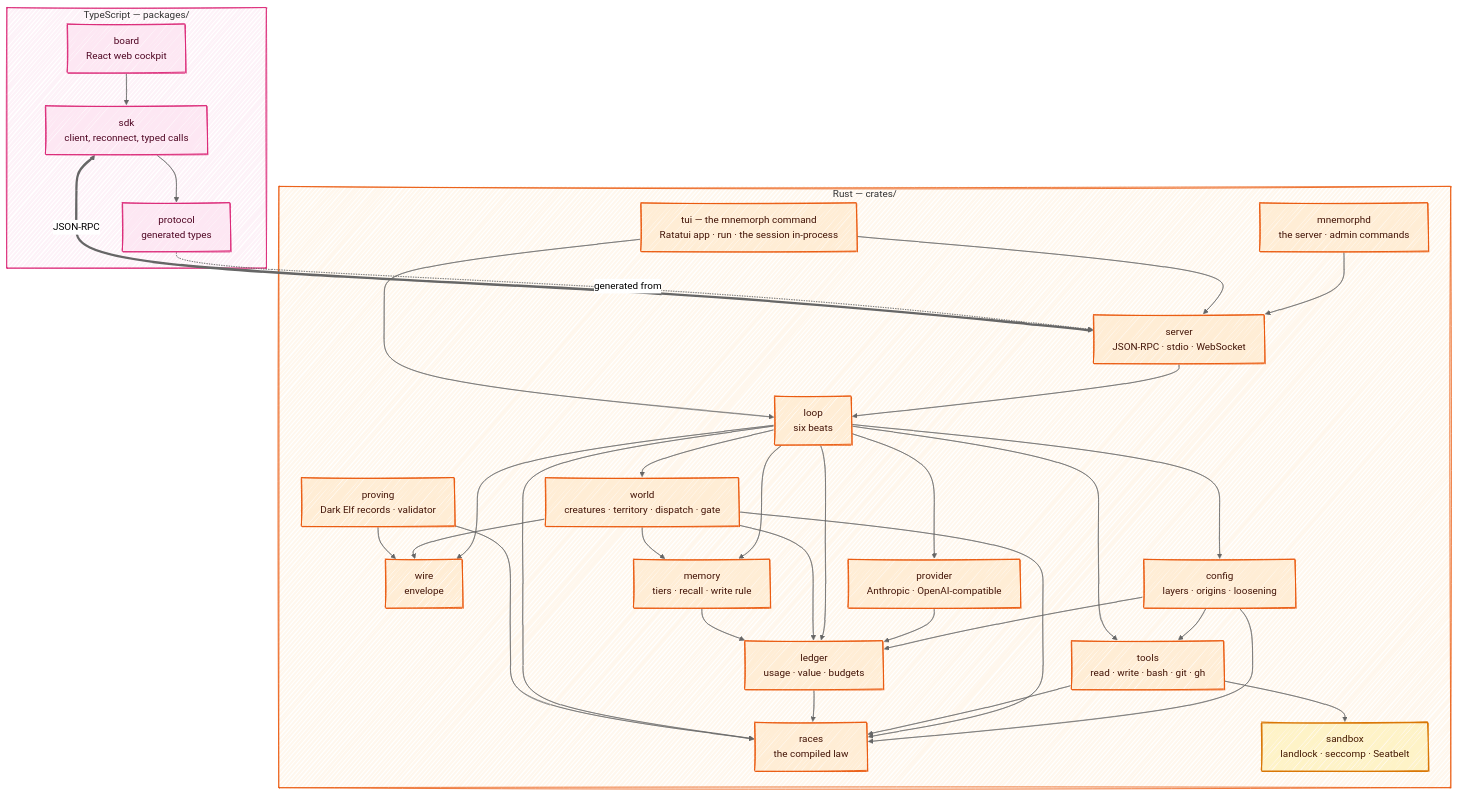
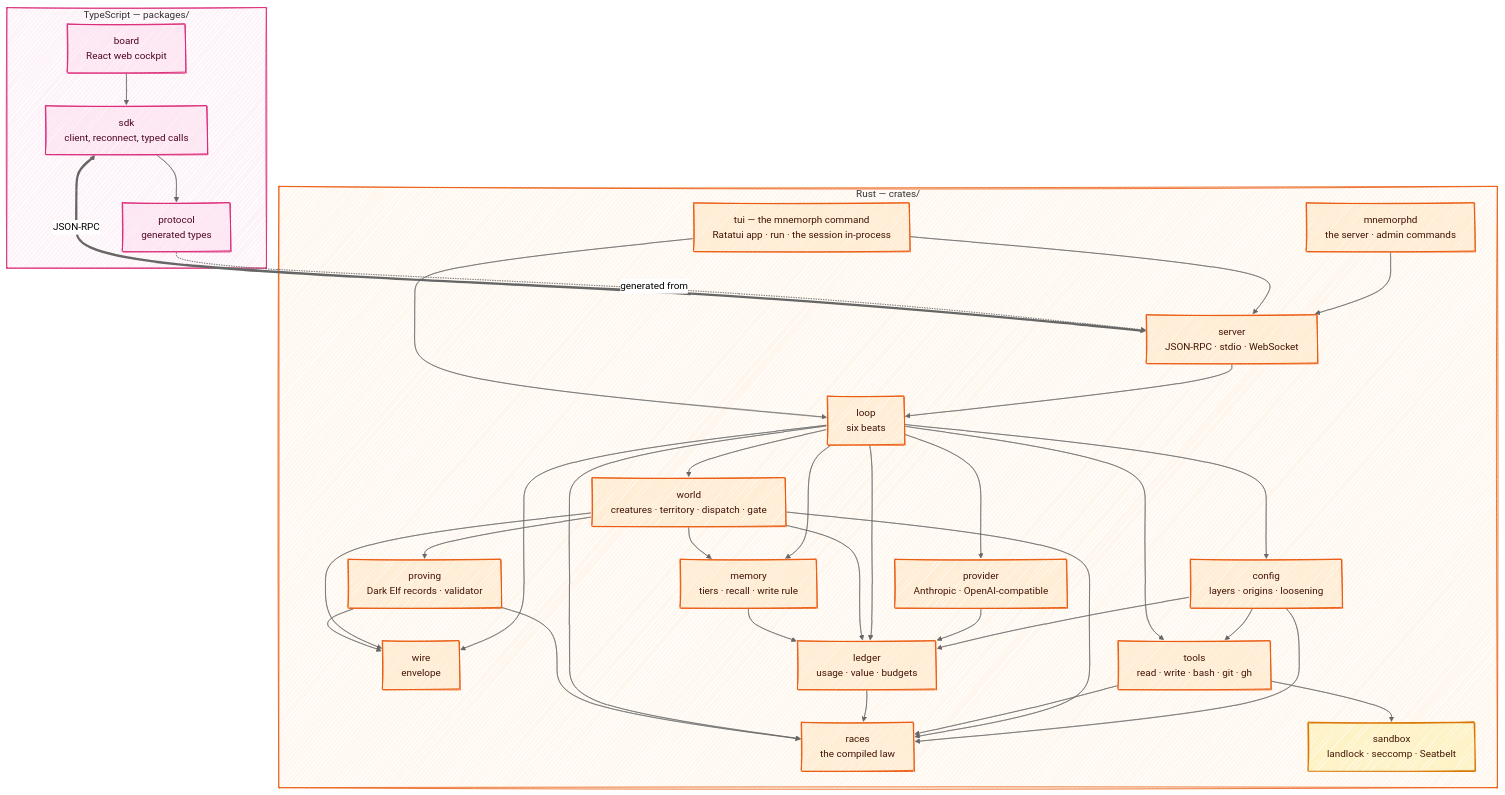
The first of 3 diagrams in docs/05-architecture.md (Kaginari/mnemorph), drawn with Mermaid before and after one commit. The commit also changed other lines of this file and 13 other files, not shown here.

````diff
--- a/docs/05-architecture.md
+++ b/docs/05-architecture.md
@@ -5,64 +5,65 @@
 ```mermaid
 ---
 config:
   look: handDrawn
   theme: neutral
   flowchart:
     wrappingWidth: 360
 ---
 flowchart TB
     subgraph ts["TypeScript — packages/"]
       BOARD["board<br/>React web cockpit"]
       SDK["sdk<br/>client, reconnect, typed calls"]
       PROTO["protocol<br/>generated types"]
       BOARD --> SDK
       SDK --> PROTO
     end
     subgraph rs["Rust — crates/"]
       TUI["tui — the mnemorph command<br/>Ratatui app · run · the session in-process"]
       D["mnemorphd<br/>the server · admin commands"]
       SERVER["server<br/>JSON-RPC · stdio · WebSocket"]
       LOOP["loop<br/>six beats"]
       WORLD["world<br/>creatures · territory · dispatch · gate"]
       RACES["races<br/>the compiled law"]
       WIRE["wire<br/>envelope"]
       TOOLS["tools<br/>read · write · bash · git · gh"]
       SANDBOX["sandbox<br/>landlock · seccomp · Seatbelt"]
       PROV["provider<br/>Anthropic · OpenAI-compatible"]
       LEDGER["ledger<br/>usage · value · budgets"]
       MEM["memory<br/>tiers · recall · write rule"]
       CONFIG["config<br/>layers · origins · loosening"]
       PROVING["proving<br/>Dark Elf records · validator"]
       SERVER --> LOOP
       D --> SERVER
       TUI --> SERVER
       TUI --> LOOP
       LOOP --> CONFIG --> TOOLS
       CONFIG --> RACES
       CONFIG --> LEDGER
       LOOP --> WORLD --> RACES
       LOOP --> PROV --> LEDGER
       LOOP --> TOOLS --> SANDBOX
       TOOLS --> RACES
       LOOP --> LEDGER --> RACES
       LOOP --> MEM
       LOOP --> RACES
       LOOP --> WIRE
       WORLD --> WIRE
       WORLD --> LEDGER
       WORLD --> MEM
       MEM --> LEDGER
+      WORLD --> PROVING
       PROVING --> WIRE
       PROVING --> RACES
     end
     PROTO -. generated from .-> SERVER
     SDK <==>|JSON-RPC| SERVER
     classDef ts fill:#fde7f3,stroke:#db2777,stroke-width:1.5px,color:#500724
     class BOARD,SDK,PROTO ts
     classDef rs fill:#ffedd5,stroke:#ea580c,stroke-width:1.5px,color:#431407
     class TUI,D,SERVER,LOOP,WORLD,RACES,WIRE,TOOLS,PROV,LEDGER,MEM,CONFIG,PROVING rs
     classDef gate fill:#fef3c7,stroke:#d97706,stroke-width:2px,color:#451a03
     class SANDBOX gate
     style ts fill:#fdf2f8,stroke:#db2777
     style rs fill:#fff7ed,stroke:#ea580c
 ```
````
